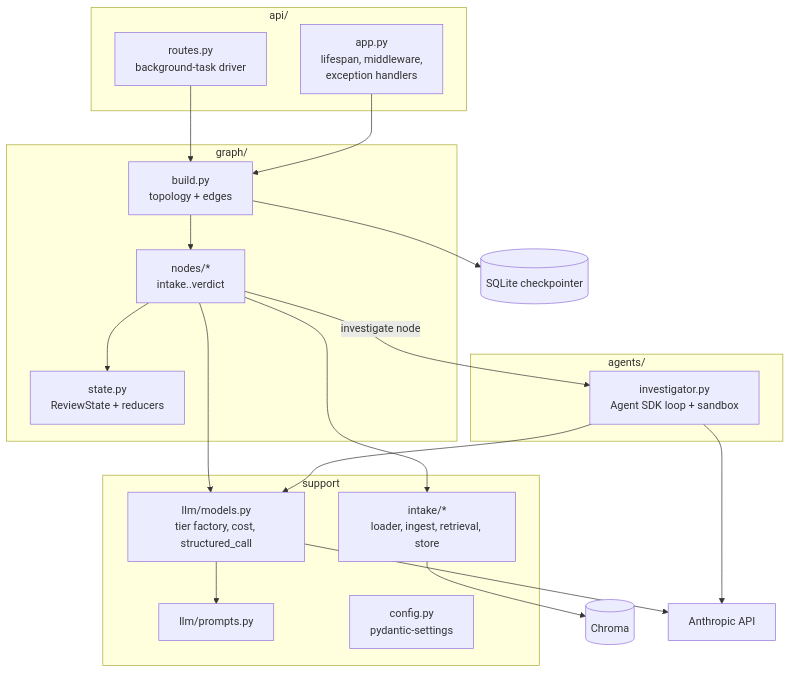
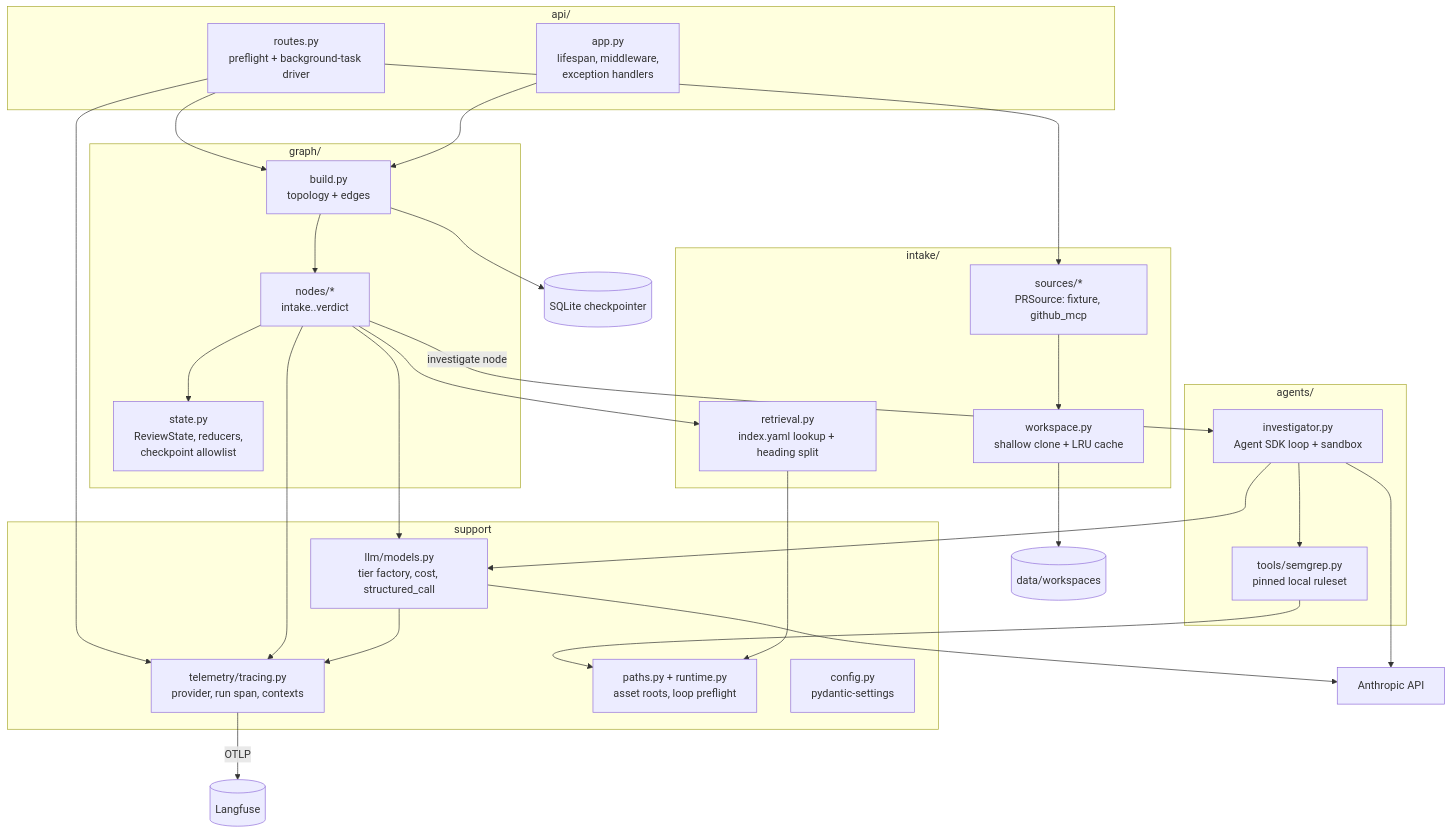
One commit to cheneeheng/pr-compliance-gate changed the second of 8 diagrams in .agents_workspace/ARCHITECTURE.md. Above: the diagram before and after it, drawn with Mermaid. The commit also changed other lines of this file, not shown here.

First line of the commit message:
docs(architecture): bring the living picture to the v2 state

````diff
--- a/.agents_workspace/ARCHITECTURE.md
+++ b/.agents_workspace/ARCHITECTURE.md
@@ -25,35 +30,49 @@
 ```mermaid
 flowchart TB
     subgraph apilayer[api/]
         app[app.py<br/>lifespan, middleware,<br/>exception handlers]
-        routes[routes.py<br/>background-task driver]
+        routes[routes.py<br/>preflight + background-task driver]
     end
     subgraph graphlayer[graph/]
-        state[state.py<br/>ReviewState + reducers]
+        state[state.py<br/>ReviewState, reducers,<br/>checkpoint allowlist]
         build[build.py<br/>topology + edges]
         nodes[nodes/*<br/>intake..verdict]
     end
     subgraph agent[agents/]
         inv[investigator.py<br/>Agent SDK loop + sandbox]
+        semgrep[tools/semgrep.py<br/>pinned local ruleset]
+    end
+    subgraph intakepkg[intake/]
+        sources[sources/*<br/>PRSource: fixture, github_mcp]
+        retrieval[retrieval.py<br/>index.yaml lookup + heading split]
+        workspace[workspace.py<br/>shallow clone + LRU cache]
     end
     subgraph support[support]
         llm[llm/models.py<br/>tier factory, cost, structured_call]
-        prompts[llm/prompts.py]
-        intake[intake/*<br/>loader, ingest, retrieval, store]
+        tracing[telemetry/tracing.py<br/>provider, run span, contexts]
+        paths[paths.py + runtime.py<br/>asset roots, loop preflight]
         config[config.py<br/>pydantic-settings]
     end
 
+    routes --> sources
     routes --> build
+    routes --> tracing
     app --> build
     build --> nodes
     nodes --> state
     nodes -->|investigate node| inv
     nodes --> llm
-    nodes --> intake
-    llm --> prompts
+    nodes --> retrieval
+    nodes --> tracing
+    inv --> semgrep
     inv --> llm
+    sources --> workspace
+    workspace --> cache[(data/workspaces)]
+    semgrep --> paths
+    retrieval --> paths
+    llm --> tracing
     build --> sqlite[(SQLite checkpointer)]
-    intake --> chroma[(Chroma)]
+    tracing -->|OTLP| langfuse[(Langfuse)]
     llm --> anthropic[Anthropic API]
     inv --> anthropic
 ```
````
